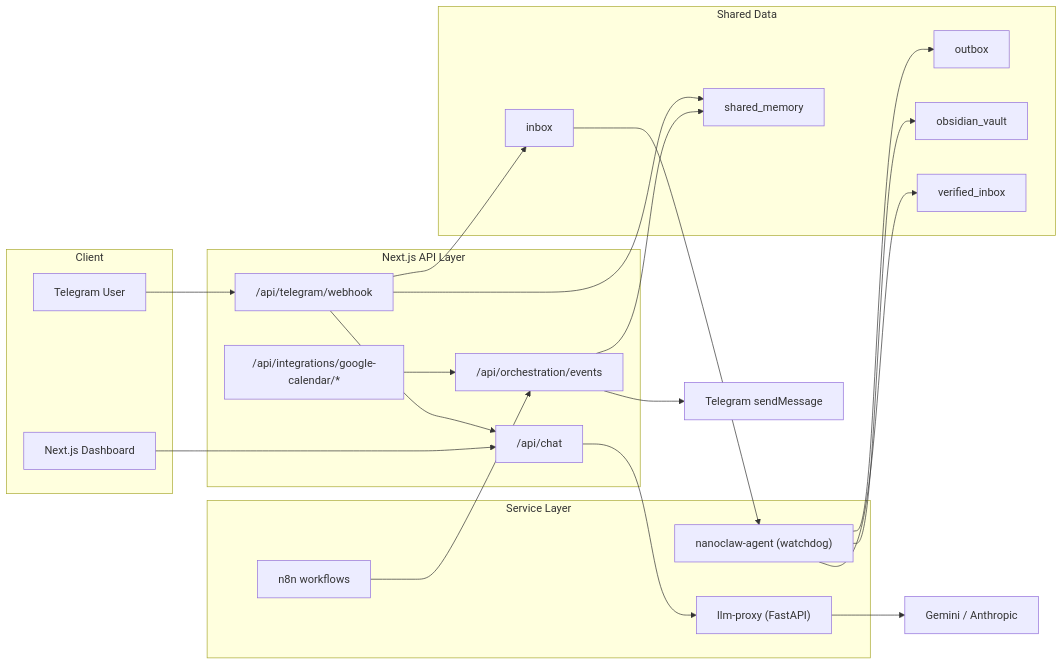
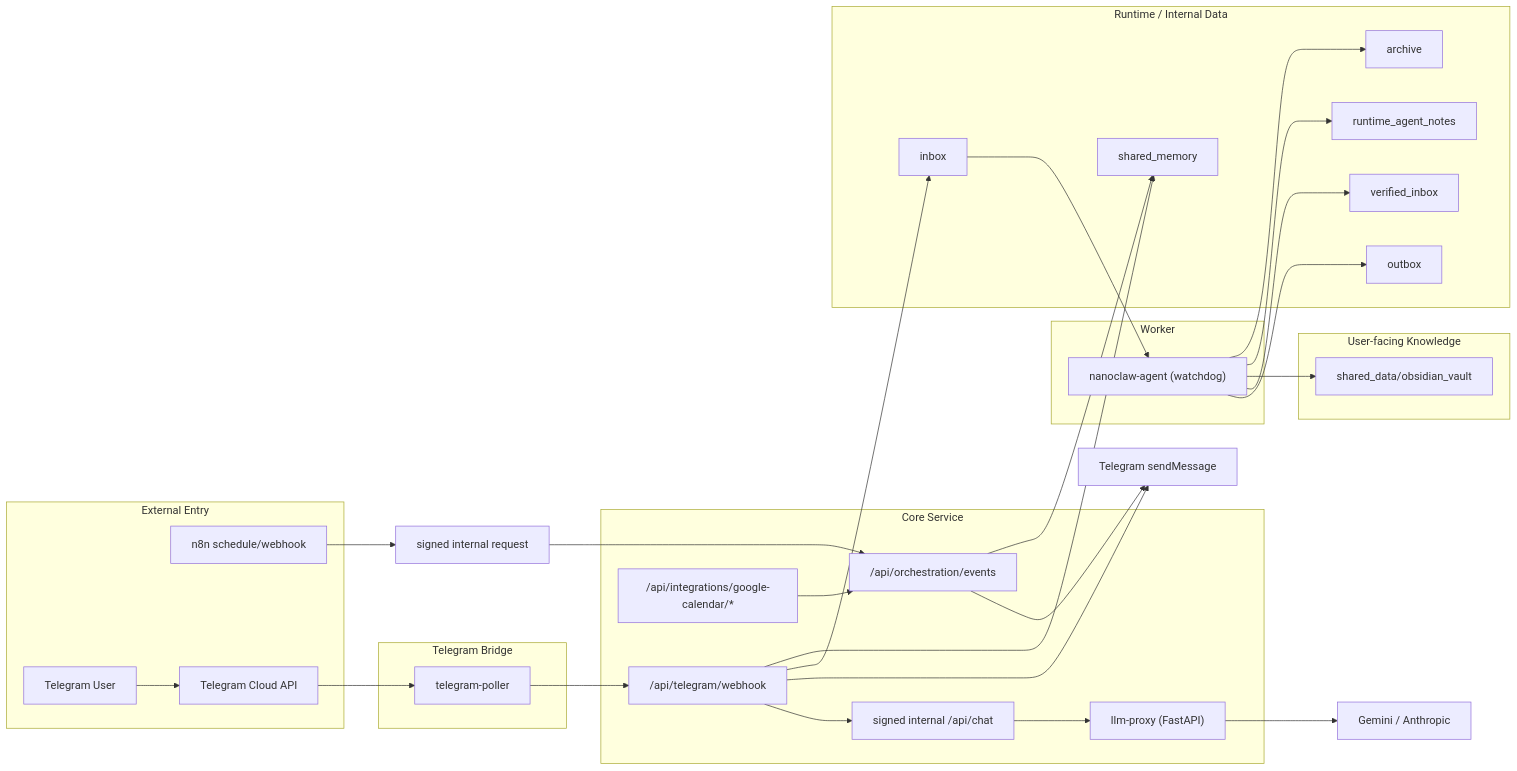
The first of 5 diagrams in docs/ARCHITECTURE.md (Merchantlee99/Personal-AI-agent-v2), drawn with Mermaid before and after one commit. The commit also changed other lines of this file and 172 other files, not shown here.

Commit message:
feat: linearize telegram-first nanoclaw runtime

````diff
--- a/docs/ARCHITECTURE.md
+++ b/docs/ARCHITECTURE.md
@@ -18,47 +23,61 @@
 ```mermaid
 flowchart LR
-  subgraph CLIENT["Client"]
-    UI["Next.js Dashboard"]
+  subgraph ENTRY["External Entry"]
     TGUSER["Telegram User"]
+    N8N["n8n schedule/webhook"]
+    TAPI["Telegram Cloud API"]
   end
 
-  subgraph APP["Next.js API Layer"]
-    CHAT["/api/chat"]
+  subgraph CORE["Core Service"]
+    PX["llm-proxy (FastAPI)"]
+    CHAT["signed internal /api/chat"]
     ORCH["/api/orchestration/events"]
     TGCB["/api/telegram/webhook"]
     GCAL["/api/integrations/google-calendar/*"]
   end
 
-  subgraph CORE["Service Layer"]
-    PX["llm-proxy (FastAPI)"]
-    AG["nanoclaw-agent (watchdog)"]
-    N8N["n8n workflows"]
+  subgraph BRIDGE["Telegram Bridge"]
+    TGP["telegram-poller"]
   end
 
-  subgraph STORE["Shared Data"]
+  subgraph WORKER["Worker"]
+    AG["nanoclaw-agent (watchdog)"]
+  end
+
+  subgraph USERDATA["User-facing Knowledge"]
+    VAULT["shared_data/obsidian_vault"]
+  end
+
+  subgraph RUNTIME["Runtime / Internal Data"]
     INBOX["inbox"]
     OUTBOX["outbox"]
-    VAULT["obsidian_vault"]
     VERIFIED["verified_inbox"]
-    MEMORY["shared_memory"]
+    MEM["shared_memory"]
+    RNOTES["runtime_agent_notes"]
+    ARCH["archive"]
   end
 
-  UI --> CHAT
+  TGUSER --> TAPI
+  TAPI --> TGP
+  TGP --> TGCB
+  TGCB --> CHAT
   CHAT --> PX
   PX --> LLM["Gemini / Anthropic"]
 
-  N8N --> ORCH
+  N8N --> SIGN["signed internal request"]
+  SIGN --> ORCH
   ORCH --> TGAPI["Telegram sendMessage"]
-  TGUSER --> TGCB
-  TGCB --> CHAT
+  TGCB --> TGAPI
+
   TGCB --> INBOX
-
   INBOX --> AG
   AG --> OUTBOX
+  AG --> VERIFIED
   AG --> VAULT
-  AG --> VERIFIED
+  AG --> RNOTES
+  AG --> ARCH
 
-  ORCH --> MEMORY
-  TGCB --> MEMORY
+  ORCH --> MEM
+  TGCB --> MEM
   GCAL --> ORCH
 ```
````
